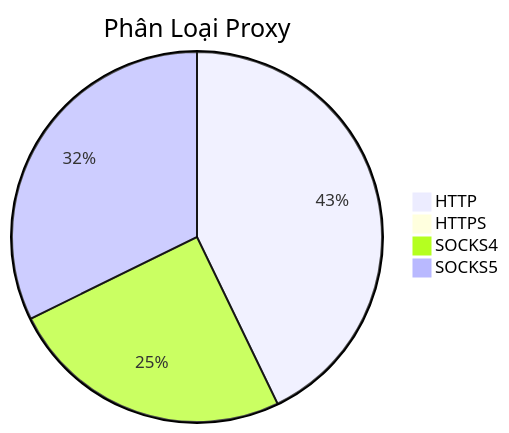
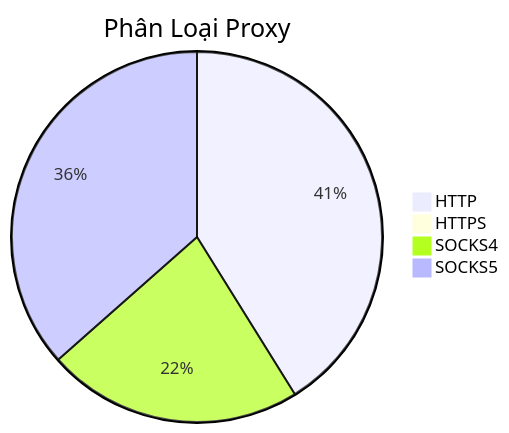
The diagram in README.md (Ciara-Aa/PROXY-free), drawn with Mermaid before and after one commit. The commit also changed other lines of this file and 4 other files, not shown here.

````diff
--- a/README.md
+++ b/README.md
@@ -26,7 +26,7 @@
 ```mermaid
 pie title Phân Loại Proxy
-    "HTTP" : 308
-    "HTTPS" : 3
-    "SOCKS4" : 179
-    "SOCKS5" : 232
+    "HTTP" : 267
+    "HTTPS" : 2
+    "SOCKS4" : 145
+    "SOCKS5" : 237
 ```
````
